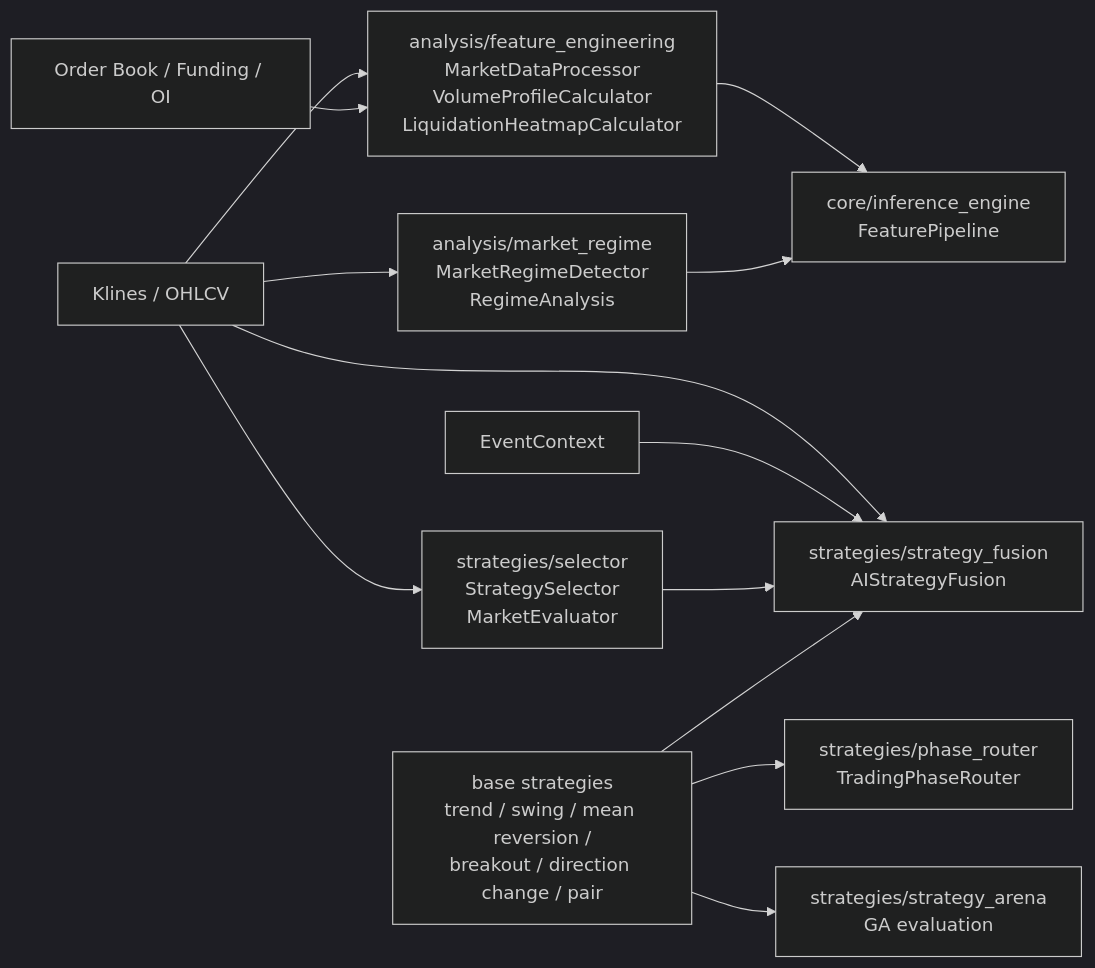
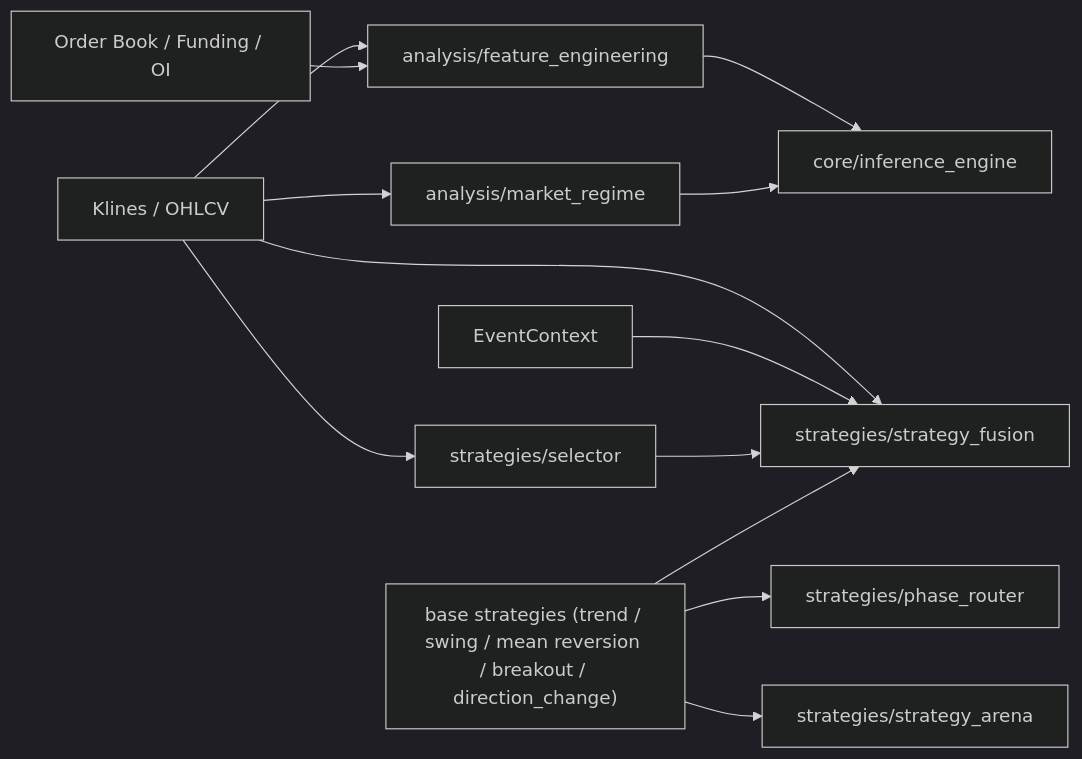
The third of 8 diagrams in docs/PROJECT_HANDOVER_MAP.md (kyle0527/BioNeuronai), drawn with Mermaid (dark theme) before and after one commit. The commit also changed other lines of this file and 338 other files, not shown here.

First line of the commit message:
feat: add directories for strategy arena results and portfolio optimization with README files

````diff
--- a/docs/PROJECT_HANDOVER_MAP.md
+++ b/docs/PROJECT_HANDOVER_MAP.md
@@ -172,30 +177,30 @@
 ```mermaid
 flowchart LR
     KLINE["Klines / OHLCV"]
     ORDERBOOK["Order Book / Funding / OI"]
     EVENTCTX["EventContext"]
 
-    FE["analysis/feature_engineering\nMarketDataProcessor\nVolumeProfileCalculator\nLiquidationHeatmapCalculator"]
-    REG["analysis/market_regime\nMarketRegimeDetector\nRegimeAnalysis"]
-    IE["core/inference_engine\nFeaturePipeline"]
+    FE["analysis/feature_engineering"]
+    REG["analysis/market_regime"]
+    IE["core/inference_engine"]
 
-    SEL["strategies/selector\nStrategySelector\nMarketEvaluator"]
-    FUSION["strategies/strategy_fusion\nAIStrategyFusion"]
-    PHASE["strategies/phase_router\nTradingPhaseRouter"]
-    ARENA["strategies/strategy_arena\nGA evaluation"]
-    BASE["base strategies\ntrend / swing / mean reversion /\nbreakout / direction change / pair"]
+    SEL["strategies/selector"]
+    FUSION["strategies/strategy_fusion"]
+    PHASE["strategies/phase_router"]
+    ARENA["strategies/strategy_arena"]
+    BASE["base strategies (trend / swing / mean reversion / breakout / direction_change)"]
 
     KLINE --> FE
     KLINE --> REG
     ORDERBOOK --> FE
     FE --> IE
     REG --> IE
 
     KLINE --> SEL
     KLINE --> FUSION
     EVENTCTX --> FUSION
     SEL --> FUSION
     BASE --> FUSION
     BASE --> PHASE
     BASE --> ARENA
 ```
````
